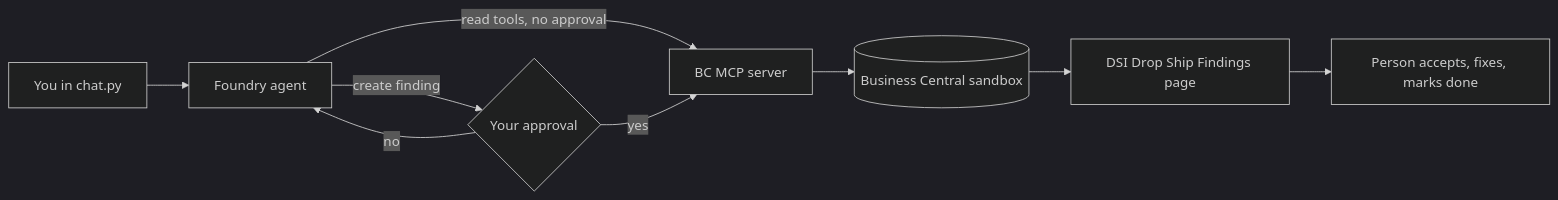
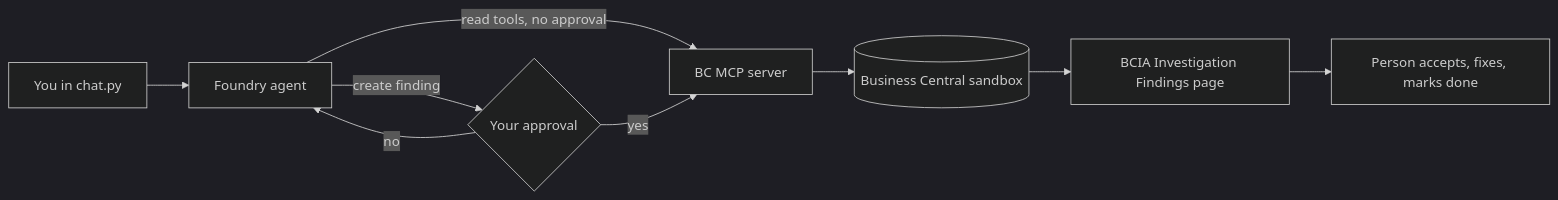
The diagram in agent/README.md (andrecavalcanti/bc-item-history-copilot), drawn with Mermaid (dark theme) before and after one commit. The commit also changed other lines of this file and 47 other files, not shown here.

Commit message:
Generalize into investigation framework, rename prefix to BCIA, renumber to 58000

````diff
--- a/agent/README.md
+++ b/agent/README.md
@@ -6,11 +9,11 @@
 ```mermaid
 flowchart LR
     You[You in chat.py] --> Agent[Foundry agent]
     Agent -- read tools, no approval --> MCP[BC MCP server]
     Agent -- create finding --> Gate{Your approval}
     Gate -- yes --> MCP
     Gate -- no --> Agent
     MCP --> BC[(Business Central sandbox)]
-    BC --> Review[DSI Drop Ship Findings page]
+    BC --> Review[BCIA Investigation Findings page]
     Review --> Person[Person accepts, fixes, marks done]
 ```
````
